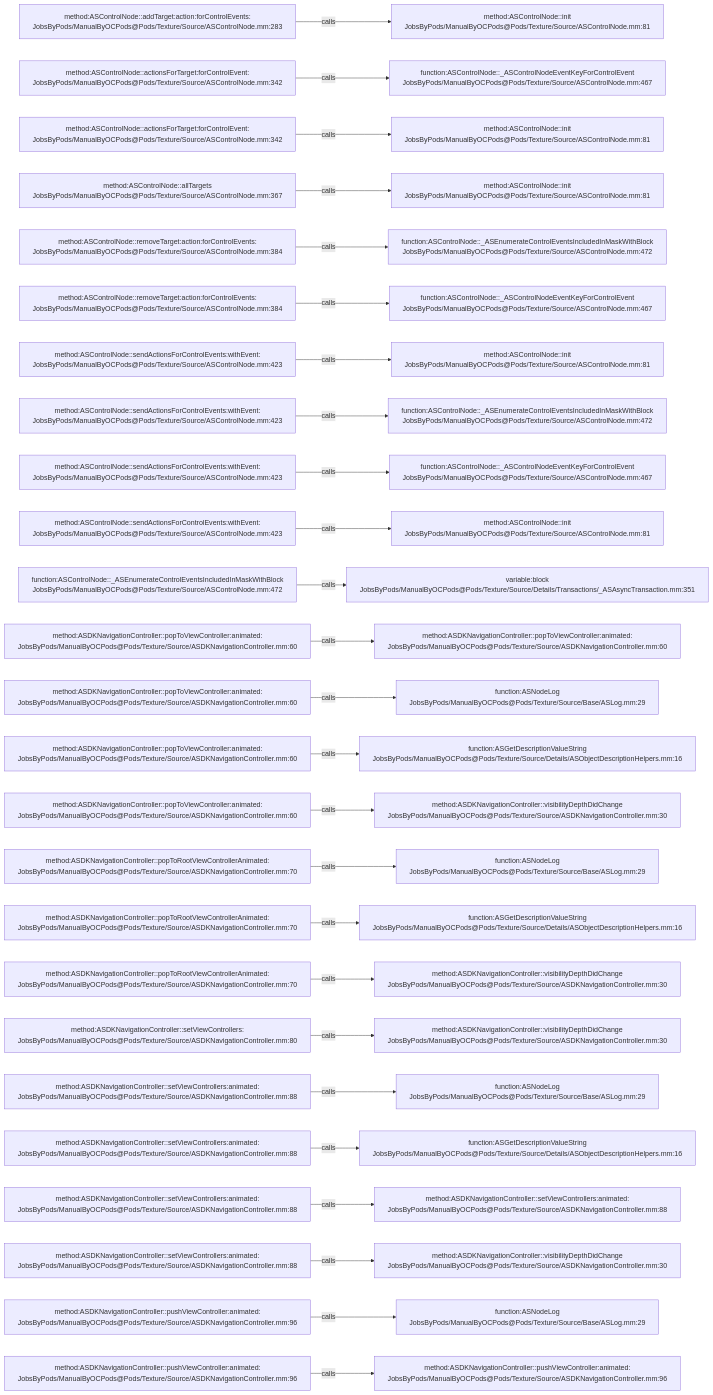
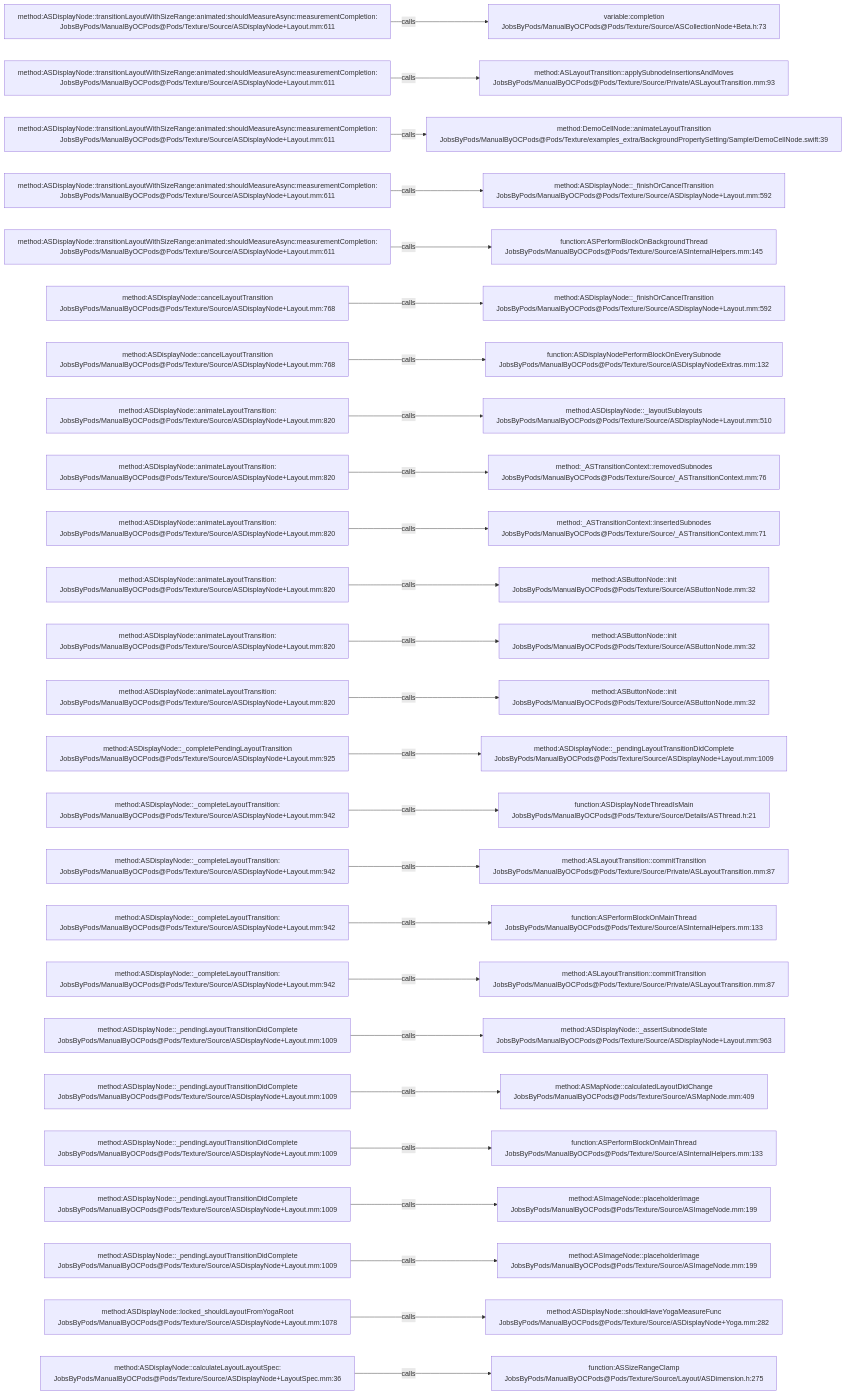
The diagram in .codegraph/codegraph.md/graphs/calls-095.md (JobsKits/JobsOCBaseConfigDemo), drawn with Mermaid before and after one commit. The commit also changed 1223 other files, not shown here.

````diff
--- a/.codegraph/codegraph.md/graphs/calls-095.md
+++ b/.codegraph/codegraph.md/graphs/calls-095.md
@@ -13,78 +13,78 @@
 ```mermaid
 flowchart LR
-  S1["method:ASControlNode::addTarget:action:forControlEvents:<br/>JobsByPods/ManualByOCPods@Pods/Texture/Source/ASControlNode.mm:283"]
-  T1["method:ASControlNode::init<br/>JobsByPods/ManualByOCPods@Pods/Texture/Source/ASControlNode.mm:81"]
+  S1["method:ASDisplayNode::transitionLayoutWithSizeRange:animated:shouldMeasureAsync:measurementCompletion:<br/>JobsByPods/ManualByOCPods@Pods/Texture/Source/ASDisplayNode+Layout.mm:611"]
+  T1["variable:completion<br/>JobsByPods/ManualByOCPods@Pods/Texture/Source/ASCollectionNode+Beta.h:73"]
   S1 -->|calls| T1
-  S2["method:ASControlNode::actionsForTarget:forControlEvent:<br/>JobsByPods/ManualByOCPods@Pods/Texture/Source/ASControlNode.mm:342"]
-  T2["function:ASControlNode::_ASControlNodeEventKeyForControlEvent<br/>JobsByPods/ManualByOCPods@Pods/Texture/Source/ASControlNode.mm:467"]
+  S2["method:ASDisplayNode::transitionLayoutWithSizeRange:animated:shouldMeasureAsync:measurementCompletion:<br/>JobsByPods/ManualByOCPods@Pods/Texture/Source/ASDisplayNode+Layout.mm:611"]
+  T2["method:ASLayoutTransition::applySubnodeInsertionsAndMoves<br/>JobsByPods/ManualByOCPods@Pods/Texture/Source/Private/ASLayoutTransition.mm:93"]
   S2 -->|calls| T2
-  S3["method:ASControlNode::actionsForTarget:forControlEvent:<br/>JobsByPods/ManualByOCPods@Pods/Texture/Source/ASControlNode.mm:342"]
-  T3["method:ASControlNode::init<br/>JobsByPods/ManualByOCPods@Pods/Texture/Source/ASControlNode.mm:81"]
+  S3["method:ASDisplayNode::transitionLayoutWithSizeRange:animated:shouldMeasureAsync:measurementCompletion:<br/>JobsByPods/ManualByOCPods@Pods/Texture/Source/ASDisplayNode+Layout.mm:611"]
+  T3["method:DemoCellNode::animateLayoutTransition<br/>JobsByPods/ManualByOCPods@Pods/Texture/examples_extra/BackgroundPropertySetting/Sample/DemoCellNode.swift:39"]
   S3 -->|calls| T3
-  S4["method:ASControlNode::allTargets<br/>JobsByPods/ManualByOCPods@Pods/Texture/Source/ASControlNode.mm:367"]
-  T4["method:ASControlNode::init<br/>JobsByPods/ManualByOCPods@Pods/Texture/Source/ASControlNode.mm:81"]
+  S4["method:ASDisplayNode::transitionLayoutWithSizeRange:animated:shouldMeasureAsync:measurementCompletion:<br/>JobsByPods/ManualByOCPods@Pods/Texture/Source/ASDisplayNode+Layout.mm:611"]
+  T4["method:ASDisplayNode::_finishOrCancelTransition<br/>JobsByPods/ManualByOCPods@Pods/Texture/Source/ASDisplayNode+Layout.mm:592"]
   S4 -->|calls| T4
-  S5["method:ASControlNode::removeTarget:action:forControlEvents:<br/>JobsByPods/ManualByOCPods@Pods/Texture/Source/ASControlNode.mm:384"]
-  T5["function:ASControlNode::_ASEnumerateControlEventsIncludedInMaskWithBlock<br/>JobsByPods/ManualByOCPods@Pods/Texture/Source/ASControlNode.mm:472"]
+  S5["method:ASDisplayNode::transitionLayoutWithSizeRange:animated:shouldMeasureAsync:measurementCompletion:<br/>JobsByPods/ManualByOCPods@Pods/Texture/Source/ASDisplayNode+Layout.mm:611"]
+  T5["function:ASPerformBlockOnBackgroundThread<br/>JobsByPods/ManualByOCPods@Pods/Texture/Source/ASInternalHelpers.mm:145"]
   S5 -->|calls| T5
-  S6["method:ASControlNode::removeTarget:action:forControlEvents:<br/>JobsByPods/ManualByOCPods@Pods/Texture/Source/ASControlNode.mm:384"]
-  T6["function:ASControlNode::_ASControlNodeEventKeyForControlEvent<br/>JobsByPods/ManualByOCPods@Pods/Texture/Source/ASControlNode.mm:467"]
+  S6["method:ASDisplayNode::cancelLayoutTransition<br/>JobsByPods/ManualByOCPods@Pods/Texture/Source/ASDisplayNode+Layout.mm:768"]
+  T6["method:ASDisplayNode::_finishOrCancelTransition<br/>JobsByPods/ManualByOCPods@Pods/Texture/Source/ASDisplayNode+Layout.mm:592"]
   S6 -->|calls| T6
-  S7["method:ASControlNode::sendActionsForControlEvents:withEvent:<br/>JobsByPods/ManualByOCPods@Pods/Texture/Source/ASControlNode.mm:423"]
-  T7["method:ASControlNode::init<br/>JobsByPods/ManualByOCPods@Pods/Texture/Source/ASControlNode.mm:81"]
+  S7["method:ASDisplayNode::cancelLayoutTransition<br/>JobsByPods/ManualByOCPods@Pods/Texture/Source/ASDisplayNode+Layout.mm:768"]
+  T7["function:ASDisplayNodePerformBlockOnEverySubnode<br/>JobsByPods/ManualByOCPods@Pods/Texture/Source/ASDisplayNodeExtras.mm:132"]
   S7 -->|calls| T7
-  S8["method:ASControlNode::sendActionsForControlEvents:withEvent:<br/>JobsByPods/ManualByOCPods@Pods/Texture/Source/ASControlNode.mm:423"]
-  T8["function:ASControlNode::_ASEnumerateControlEventsIncludedInMaskWithBlock<br/>JobsByPods/ManualByOCPods@Pods/Texture/Source/ASControlNode.mm:472"]
+  S8["method:ASDisplayNode::animateLayoutTransition:<br/>JobsByPods/ManualByOCPods@Pods/Texture/Source/ASDisplayNode+Layout.mm:820"]
+  T8["method:ASDisplayNode::_layoutSublayouts<br/>JobsByPods/ManualByOCPods@Pods/Texture/Source/ASDisplayNode+Layout.mm:510"]
   S8 -->|calls| T8
-  S9["method:ASControlNode::sendActionsForControlEvents:withEvent:<br/>JobsByPods/ManualByOCPods@Pods/Texture/Source/ASControlNode.mm:423"]
-  T9["function:ASControlNode::_ASControlNodeEventKeyForControlEvent<br/>JobsByPods/ManualByOCPods@Pods/Texture/Source/ASControlNode.mm:467"]
+  S9["method:ASDisplayNode::animateLayoutTransition:<br/>JobsByPods/ManualByOCPods@Pods/Texture/Source/ASDisplayNode+Layout.mm:820"]
+  T9["method:_ASTransitionContext::removedSubnodes<br/>JobsByPods/ManualByOCPods@Pods/Texture/Source/_ASTransitionContext.mm:76"]
   S9 -->|calls| T9
-  S10["method:ASControlNode::sendActionsForControlEvents:withEvent:<br/>JobsByPods/ManualByOCPods@Pods/Texture/Source/ASControlNode.mm:423"]
-  T10["method:ASControlNode::init<br/>JobsByPods/ManualByOCPods@Pods/Texture/Source/ASControlNode.mm:81"]
+  S10["method:ASDisplayNode::animateLayoutTransition:<br/>JobsByPods/ManualByOCPods@Pods/Texture/Source/ASDisplayNode+Layout.mm:820"]
+  T10["method:_ASTransitionContext::insertedSubnodes<br/>JobsByPods/ManualByOCPods@Pods/Texture/Source/_ASTransitionContext.mm:71"]
   S10 -->|calls| T10
-  S11["function:ASControlNode::_ASEnumerateControlEventsIncludedInMaskWithBlock<br/>JobsByPods/ManualByOCPods@Pods/Texture/Source/ASControlNode.mm:472"]
-  T11["variable:block<br/>JobsByPods/ManualByOCPods@Pods/Texture/Source/Details/Transactions/_ASAsyncTransaction.mm:351"]
+  S11["method:ASDisplayNode::animateLayoutTransition:<br/>JobsByPods/ManualByOCPods@Pods/Texture/Source/ASDisplayNode+Layout.mm:820"]
+  T11["method:ASButtonNode::init<br/>JobsByPods/ManualByOCPods@Pods/Texture/Source/ASButtonNode.mm:32"]
   S11 -->|calls| T11
-  S12["method:ASDKNavigationController::popToViewController:animated:<br/>JobsByPods/ManualByOCPods@Pods/Texture/Source/ASDKNavigationController.mm:60"]
-  T12["method:ASDKNavigationController::popToViewController:animated:<br/>JobsByPods/ManualByOCPods@Pods/Texture/Source/ASDKNavigationController.mm:60"]
+  S12["method:ASDisplayNode::animateLayoutTransition:<br/>JobsByPods/ManualByOCPods@Pods/Texture/Source/ASDisplayNode+Layout.mm:820"]
+  T12["method:ASButtonNode::init<br/>JobsByPods/ManualByOCPods@Pods/Texture/Source/ASButtonNode.mm:32"]
   S12 -->|calls| T12
-  S13["method:ASDKNavigationController::popToViewController:animated:<br/>JobsByPods/ManualByOCPods@Pods/Texture/Source/ASDKNavigationController.mm:60"]
-  T13["function:ASNodeLog<br/>JobsByPods/ManualByOCPods@Pods/Texture/Source/Base/ASLog.mm:29"]
+  S13["method:ASDisplayNode::animateLayoutTransition:<br/>JobsByPods/ManualByOCPods@Pods/Texture/Source/ASDisplayNode+Layout.mm:820"]
+  T13["method:ASButtonNode::init<br/>JobsByPods/ManualByOCPods@Pods/Texture/Source/ASButtonNode.mm:32"]
   S13 -->|calls| T13
-  S14["method:ASDKNavigationController::popToViewController:animated:<br/>JobsByPods/ManualByOCPods@Pods/Texture/Source/ASDKNavigationController.mm:60"]
-  T14["function:ASGetDescriptionValueString<br/>JobsByPods/ManualByOCPods@Pods/Texture/Source/Details/ASObjectDescriptionHelpers.mm:16"]
+  S14["method:ASDisplayNode::_completePendingLayoutTransition<br/>JobsByPods/ManualByOCPods@Pods/Texture/Source/ASDisplayNode+Layout.mm:925"]
+  T14["method:ASDisplayNode::_pendingLayoutTransitionDidComplete<br/>JobsByPods/ManualByOCPods@Pods/Texture/Source/ASDisplayNode+Layout.mm:1009"]
   S14 -->|calls| T14
-  S15["method:ASDKNavigationController::popToViewController:animated:<br/>JobsByPods/ManualByOCPods@Pods/Texture/Source/ASDKNavigationController.mm:60"]
-  T15["method:ASDKNavigationController::visibilityDepthDidChange<br/>JobsByPods/ManualByOCPods@Pods/Texture/Source/ASDKNavigationController.mm:30"]
+  S15["method:ASDisplayNode::_completeLayoutTransition:<br/>JobsByPods/ManualByOCPods@Pods/Texture/Source/ASDisplayNode+Layout.mm:942"]
+  T15["function:ASDisplayNodeThreadIsMain<br/>JobsByPods/ManualByOCPods@Pods/Texture/Source/Details/ASThread.h:21"]
   S15 -->|calls| T15
-  S16["method:ASDKNavigationController::popToRootViewControllerAnimated:<br/>JobsByPods/ManualByOCPods@Pods/Texture/Source/ASDKNavigationController.mm:70"]
-  T16["function:ASNodeLog<br/>JobsByPods/ManualByOCPods@Pods/Texture/Source/Base/ASLog.mm:29"]
+  S16["method:ASDisplayNode::_completeLayoutTransition:<br/>JobsByPods/ManualByOCPods@Pods/Texture/Source/ASDisplayNode+Layout.mm:942"]
+  T16["method:ASLayoutTransition::commitTransition<br/>JobsByPods/ManualByOCPods@Pods/Texture/Source/Private/ASLayoutTransition.mm:87"]
   S16 -->|calls| T16
-  S17["method:ASDKNavigationController::popToRootViewControllerAnimated:<br/>JobsByPods/ManualByOCPods@Pods/Texture/Source/ASDKNavigationController.mm:70"]
-  T17["function:ASGetDescriptionValueString<br/>JobsByPods/ManualByOCPods@Pods/Texture/Source/Details/ASObjectDescriptionHelpers.mm:16"]
+  S17["method:ASDisplayNode::_completeLayoutTransition:<br/>JobsByPods/ManualByOCPods@Pods/Texture/Source/ASDisplayNode+Layout.mm:942"]
+  T17["function:ASPerformBlockOnMainThread<br/>JobsByPods/ManualByOCPods@Pods/Texture/Source/ASInternalHelpers.mm:133"]
   S17 -->|calls| T17
-  S18["method:ASDKNavigationController::popToRootViewControllerAnimated:<br/>JobsByPods/ManualByOCPods@Pods/Texture/Source/ASDKNavigationController.mm:70"]
-  T18["method:ASDKNavigationController::visibilityDepthDidChange<br/>JobsByPods/ManualByOCPods@Pods/Texture/Source/ASDKNavigationController.mm:30"]
+  S18["method:ASDisplayNode::_completeLayoutTransition:<br/>JobsByPods/ManualByOCPods@Pods/Texture/Source/ASDisplayNode+Layout.mm:942"]
+  T18["method:ASLayoutTransition::commitTransition<br/>JobsByPods/ManualByOCPods@Pods/Texture/Source/Private/ASLayoutTransition.mm:87"]
   S18 -->|calls| T18
-  S19["method:ASDKNavigationController::setViewControllers:<br/>JobsByPods/ManualByOCPods@Pods/Texture/Source/ASDKNavigationController.mm:80"]
-  T19["method:ASDKNavigationController::visibilityDepthDidChange<br/>JobsByPods/ManualByOCPods@Pods/Texture/Source/ASDKNavigationController.mm:30"]
+  S19["method:ASDisplayNode::_pendingLayoutTransitionDidComplete<br/>JobsByPods/ManualByOCPods@Pods/Texture/Source/ASDisplayNode+Layout.mm:1009"]
+  T19["method:ASDisplayNode::_assertSubnodeState<br/>JobsByPods/ManualByOCPods@Pods/Texture/Source/ASDisplayNode+Layout.mm:963"]
   S19 -->|calls| T19
-  S20["method:ASDKNavigationController::setViewControllers:animated:<br/>JobsByPods/ManualByOCPods@Pods/Texture/Source/ASDKNavigationController.mm:88"]
-  T20["function:ASNodeLog<br/>JobsByPods/ManualByOCPods@Pods/Texture/Source/Base/ASLog.mm:29"]
+  S20["method:ASDisplayNode::_pendingLayoutTransitionDidComplete<br/>JobsByPods/ManualByOCPods@Pods/Texture/Source/ASDisplayNode+Layout.mm:1009"]
+  T20["method:ASMapNode::calculatedLayoutDidChange<br/>JobsByPods/ManualByOCPods@Pods/Texture/Source/ASMapNode.mm:409"]
   S20 -->|calls| T20
-  S21["method:ASDKNavigationController::setViewControllers:animated:<br/>JobsByPods/ManualByOCPods@Pods/Texture/Source/ASDKNavigationController.mm:88"]
-  T21["function:ASGetDescriptionValueString<br/>JobsByPods/ManualByOCPods@Pods/Texture/Source/Details/ASObjectDescriptionHelpers.mm:16"]
+  S21["method:ASDisplayNode::_pendingLayoutTransitionDidComplete<br/>JobsByPods/ManualByOCPods@Pods/Texture/Source/ASDisplayNode+Layout.mm:1009"]
+  T21["function:ASPerformBlockOnMainThread<br/>JobsByPods/ManualByOCPods@Pods/Texture/Source/ASInternalHelpers.mm:133"]
   S21 -->|calls| T21
-  S22["method:ASDKNavigationController::setViewControllers:animated:<br/>JobsByPods/ManualByOCPods@Pods/Texture/Source/ASDKNavigationController.mm:88"]
-  T22["method:ASDKNavigationController::setViewControllers:animated:<br/>JobsByPods/ManualByOCPods@Pods/Texture/Source/ASDKNavigationController.mm:88"]
+  S22["method:ASDisplayNode::_pendingLayoutTransitionDidComplete<br/>JobsByPods/ManualByOCPods@Pods/Texture/Source/ASDisplayNode+Layout.mm:1009"]
+  T22["method:ASImageNode::placeholderImage<br/>JobsByPods/ManualByOCPods@Pods/Texture/Source/ASImageNode.mm:199"]
   S22 -->|calls| T22
-  S23["method:ASDKNavigationController::setViewControllers:animated:<br/>JobsByPods/ManualByOCPods@Pods/Texture/Source/ASDKNavigationController.mm:88"]
-  T23["method:ASDKNavigationController::visibilityDepthDidChange<br/>JobsByPods/ManualByOCPods@Pods/Texture/Source/ASDKNavigationController.mm:30"]
+  S23["method:ASDisplayNode::_pendingLayoutTransitionDidComplete<br/>JobsByPods/ManualByOCPods@Pods/Texture/Source/ASDisplayNode+Layout.mm:1009"]
+  T23["method:ASImageNode::placeholderImage<br/>JobsByPods/ManualByOCPods@Pods/Texture/Source/ASImageNode.mm:199"]
   S23 -->|calls| T23
-  S24["method:ASDKNavigationController::pushViewController:animated:<br/>JobsByPods/ManualByOCPods@Pods/Texture/Source/ASDKNavigationController.mm:96"]
-  T24["function:ASNodeLog<br/>JobsByPods/ManualByOCPods@Pods/Texture/Source/Base/ASLog.mm:29"]
+  S24["method:ASDisplayNode::locked_shouldLayoutFromYogaRoot<br/>JobsByPods/ManualByOCPods@Pods/Texture/Source/ASDisplayNode+Layout.mm:1078"]
+  T24["method:ASDisplayNode::shouldHaveYogaMeasureFunc<br/>JobsByPods/ManualByOCPods@Pods/Texture/Source/ASDisplayNode+Yoga.mm:282"]
   S24 -->|calls| T24
-  S25["method:ASDKNavigationController::pushViewController:animated:<br/>JobsByPods/ManualByOCPods@Pods/Texture/Source/ASDKNavigationController.mm:96"]
-  T25["method:ASDKNavigationController::pushViewController:animated:<br/>JobsByPods/ManualByOCPods@Pods/Texture/Source/ASDKNavigationController.mm:96"]
+  S25["method:ASDisplayNode::calculateLayoutLayoutSpec:<br/>JobsByPods/ManualByOCPods@Pods/Texture/Source/ASDisplayNode+LayoutSpec.mm:36"]
+  T25["function:ASSizeRangeClamp<br/>JobsByPods/ManualByOCPods@Pods/Texture/Source/Layout/ASDimension.h:275"]
   S25 -->|calls| T25
 ```
````
